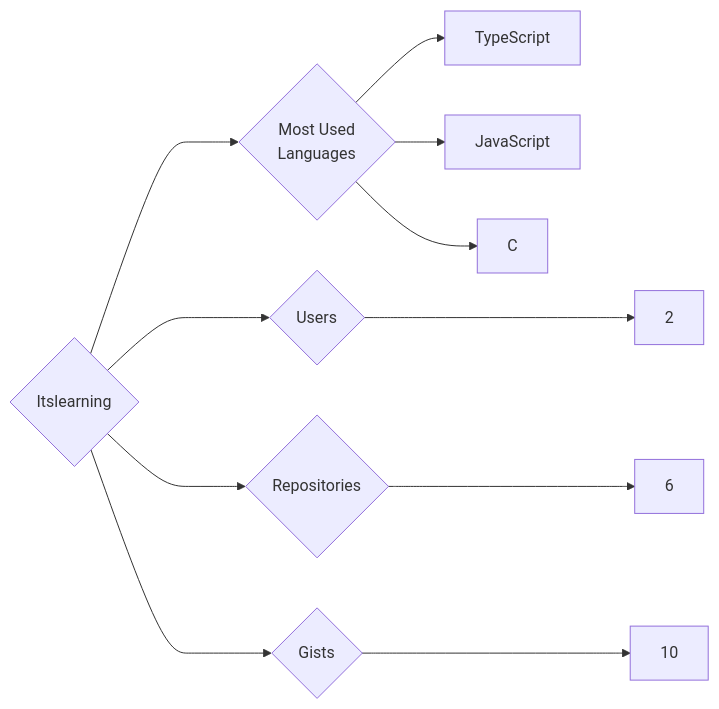
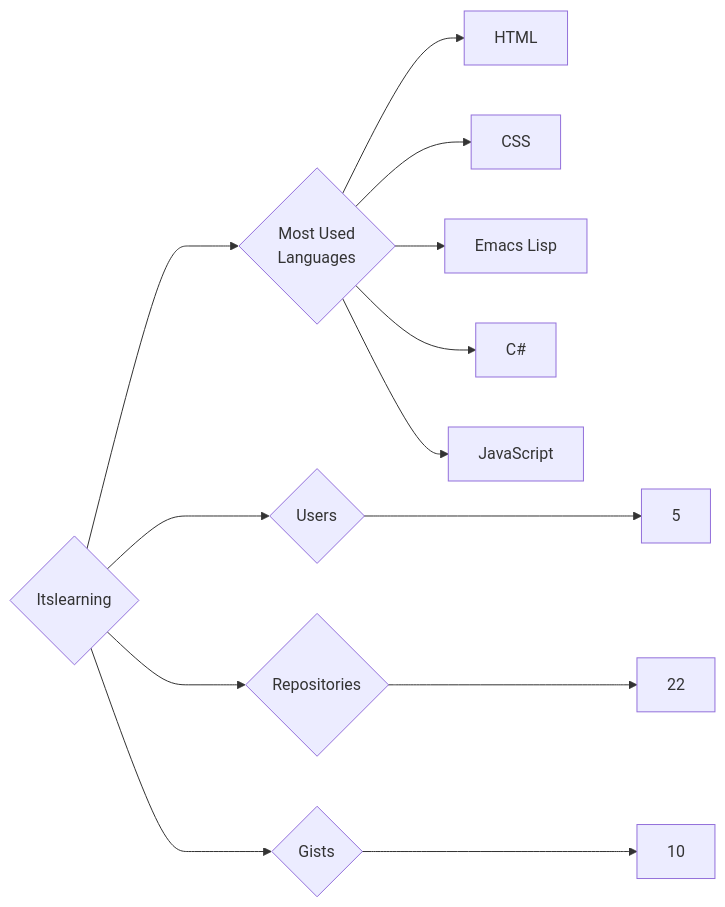
One commit to trickest/insiders changed the diagram in targets/Itslearning/README.md. Above: the diagram before and after it, drawn with Mermaid. The commit also changed 752 other files, not shown here.

````diff
--- a/targets/Itslearning/README.md
+++ b/targets/Itslearning/README.md
@@ -3,11 +3,13 @@
 ```mermaid
 graph LR
 COMPANY_NAME{Itslearning}
-COMPANY_NAME ---> U{Users} ---> UN[2]
-COMPANY_NAME ---> R{Repositories} ---> RN[6]
+COMPANY_NAME ---> U{Users} ---> UN[5]
+COMPANY_NAME ---> R{Repositories} ---> RN[22]
 COMPANY_NAME ---> G{Gists} ---> GN[10]
 COMPANY_NAME ---> ML{Most Used<br>Languages}
-ML --> TypeScript[TypeScript]
+ML --> HTML[HTML]
+ML --> CSS[CSS]
+ML --> Emacs_Lisp[Emacs Lisp]
+ML --> C#[C#]
 ML --> JavaScript[JavaScript]
-ML --> C[C]
 ```
````
